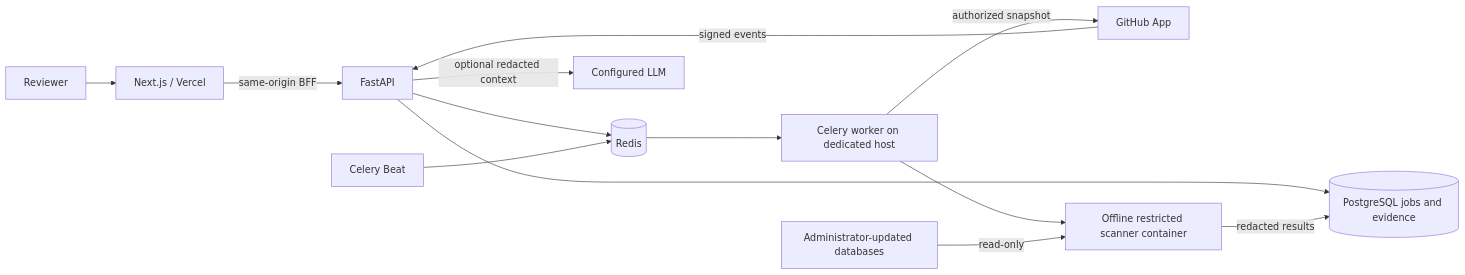
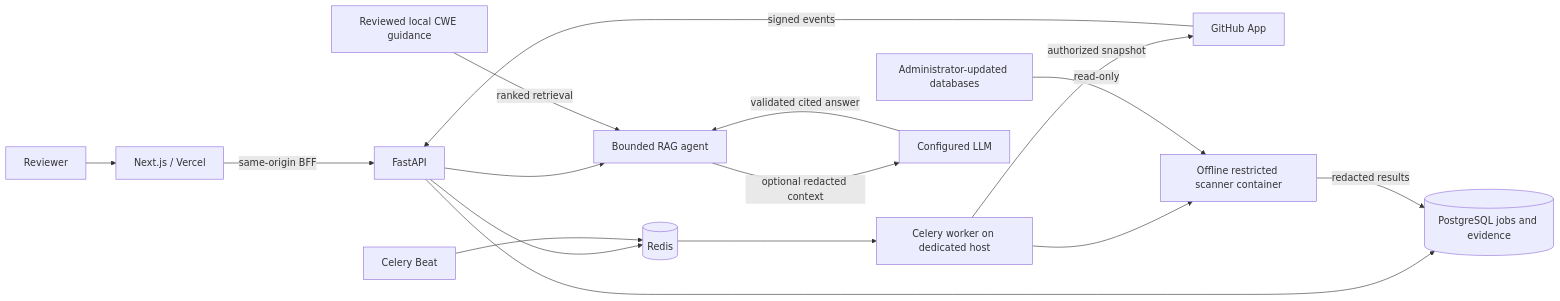
Before and after one commit to aashleshshet/CodeGuardian: the diagram in README.md, drawn with Mermaid. The commit also changed other lines of this file and 27 other files, not shown here.

Commit message:
Add local cited RAG agent and interruptible parallel UI motion

````diff
--- a/README.md
+++ b/README.md
@@ -83,15 +83,18 @@
 ```mermaid
 flowchart LR
     U[Reviewer] --> N[Next.js / Vercel]
     N -->|same-origin BFF| A[FastAPI]
     G[GitHub App] -->|signed events| A
     A --> P[(PostgreSQL jobs and evidence)]
     A --> R[(Redis)]
     R --> W[Celery worker on dedicated host]
     W -->|authorized snapshot| G
     W --> S[Offline restricted scanner container]
     C[Administrator-updated databases] -->|read-only| S
     S -->|redacted results| P
-    A -->|optional redacted context| L[Configured LLM]
+    A --> K[Bounded RAG agent]
+    D[Reviewed local CWE guidance] -->|ranked retrieval| K
+    K -->|optional redacted context| L[Configured LLM]
+    L -->|validated cited answer| K
     B[Celery Beat] --> R
 ```
````
